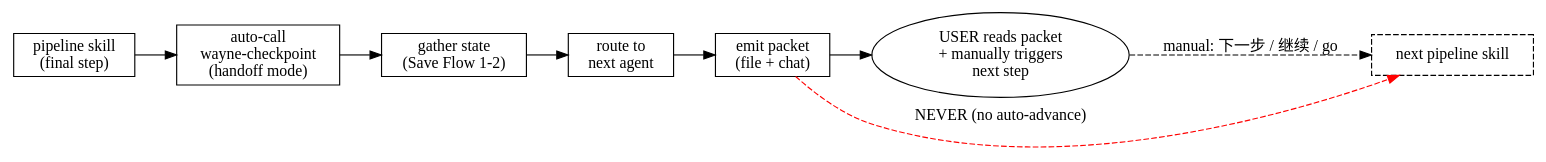
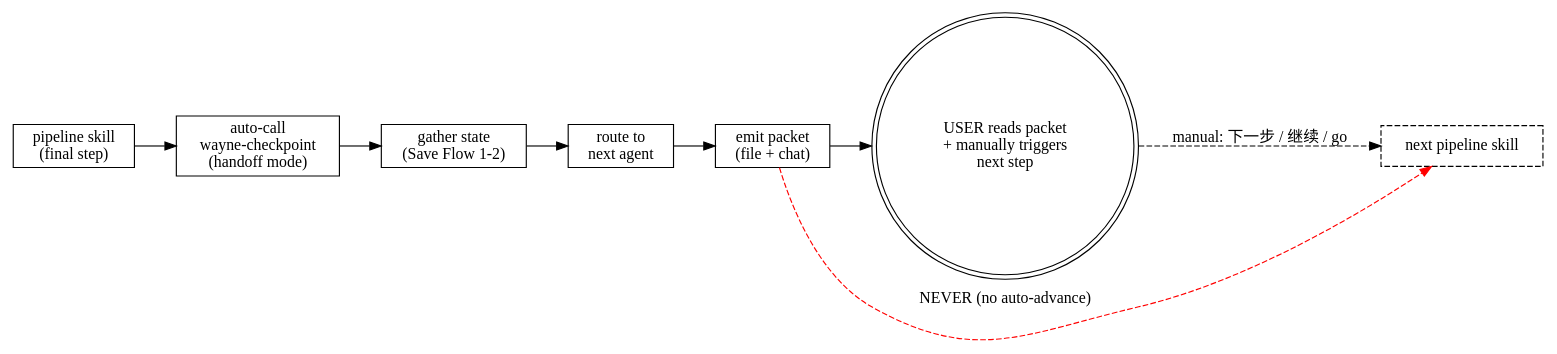
Before and after one commit to waynejing995/wayne-taste: the diagram in wayne-checkpoint/SKILL.md, drawn with Graphviz. The commit also changed other lines of this file and 11 other files, not shown here.

````diff
--- a/wayne-checkpoint/SKILL.md
+++ b/wayne-checkpoint/SKILL.md
@@ -284,17 +273,17 @@
 ```dot
 digraph handoff {
   rankdir=LR;
   node [shape=box];
   stage   [label="pipeline skill\n(final step)"];
   call    [label="auto-call\nwayne-checkpoint\n(handoff mode)"];
   gather  [label="gather state\n(Save Flow 1-2)"];
   route   [label="route to\nnext agent"];
   emit    [label="emit packet\n(file + chat)"];
-  user    [label="USER reads packet\n+ manually triggers\nnext step", shape=oval];
+  user    [label="USER reads packet\n+ manually triggers\nnext step", shape=doublecircle];
   next    [label="next pipeline skill", style=dashed];
 
   stage -> call -> gather -> route -> emit -> user;
   user -> next [label="manual: 下一步 / 继续 / go", style=dashed];
   emit -> next [label="NEVER (no auto-advance)", style=dashed, color=red, constraint=false];
 }
 ```
````
